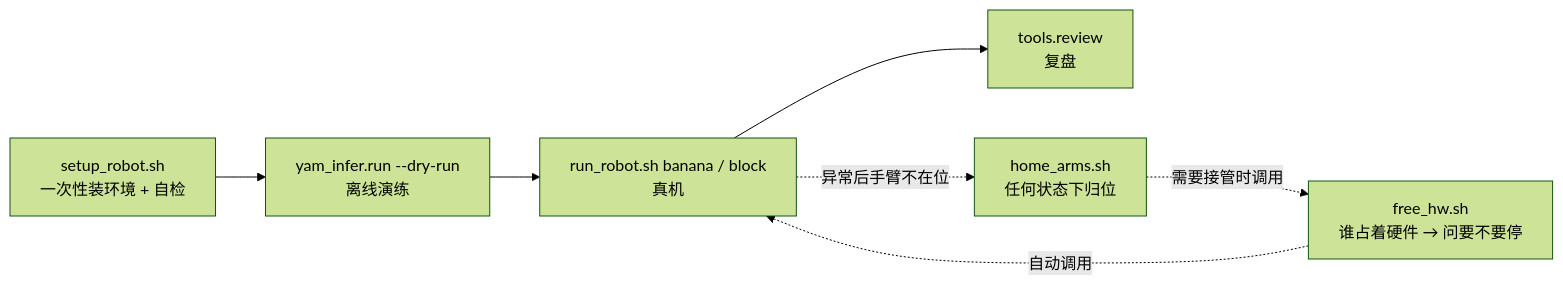
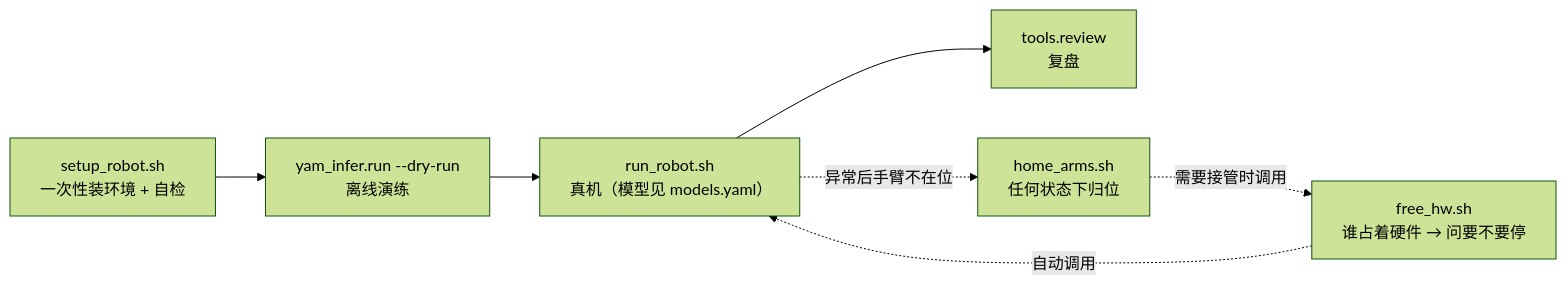
Before and after one commit to FuFutheBest/yam_infer: the first of 5 diagrams in docs/03_scripts.md, drawn with Mermaid (forest theme). The commit also changed other lines of this file and 30 other files, not shown here.

````diff
--- a/docs/03_scripts.md
+++ b/docs/03_scripts.md
@@ -7,10 +7,10 @@
 ```mermaid
 flowchart LR
     S["setup_robot.sh<br/>一次性装环境 + 自检"]
     S --> D["yam_infer.run --dry-run<br/>离线演练"]
-    D --> R["run_robot.sh banana / block<br/>真机"]
+    D --> R["run_robot.sh<br/>真机（模型见 models.yaml）"]
     F["free_hw.sh<br/>谁占着硬件 → 问要不要停"] -. 自动调用 .-> R
     R --> V["tools.review<br/>复盘"]
     R -. 异常后手臂不在位 .-> H["home_arms.sh<br/>任何状态下归位"]
     H -. 需要接管时调用 .-> F
 ```
````
